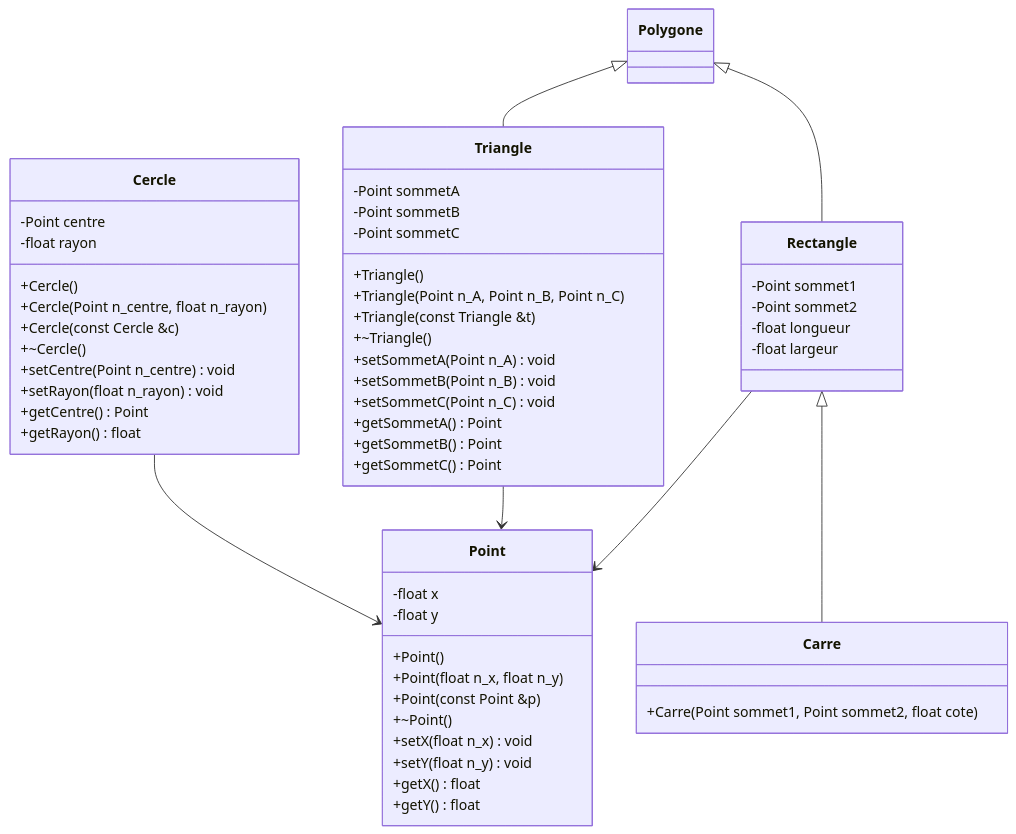
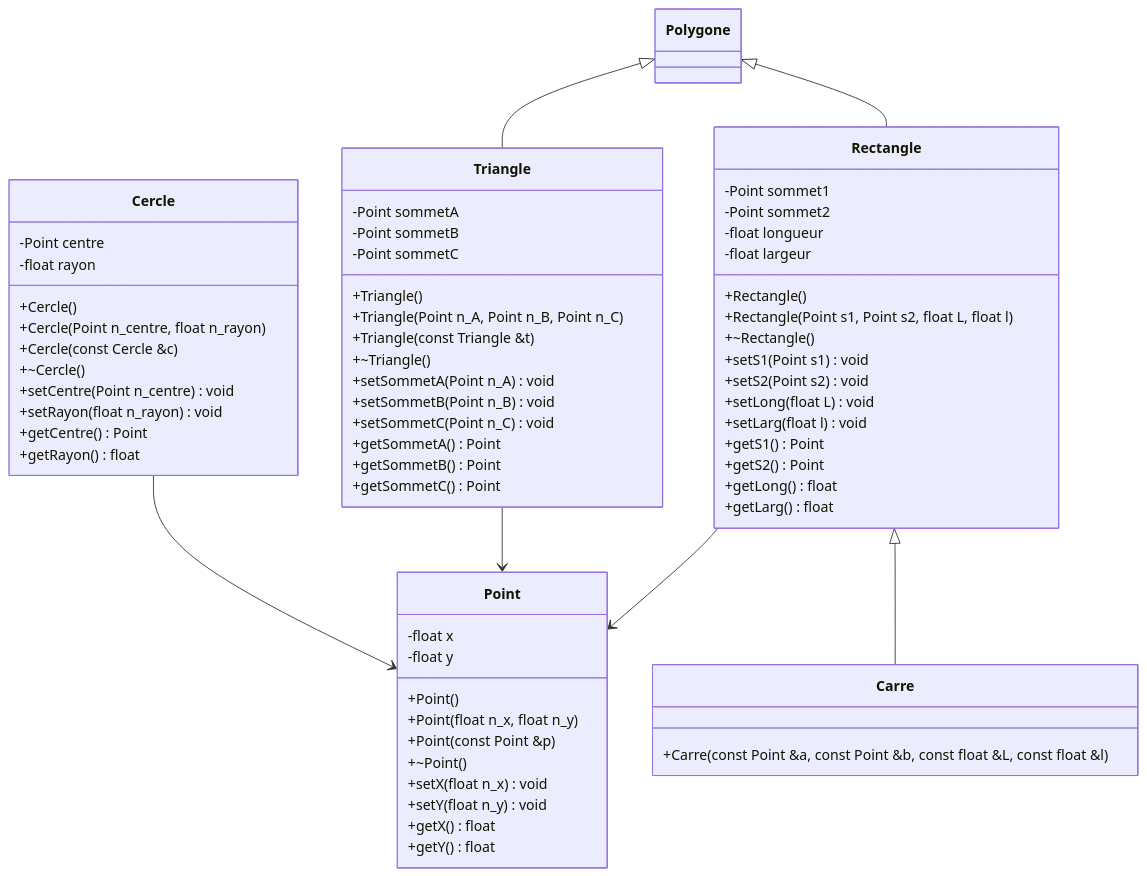
One commit to Am0L0/POO-prosit_3 changed the diagram in README.md. Above: the diagram before and after it, drawn with Mermaid.

Commit message:
Mise à jour diagramme de classe pour Carre et Rectangle

````diff
--- a/README.md
+++ b/README.md
@@ -12,65 +12,76 @@
 ```mermaid
 classDiagram
     class Point {
         -float x
         -float y
         +Point()
         +Point(float n_x, float n_y)
         +Point(const Point &p)
         +~Point()
         +setX(float n_x) void
         +setY(float n_y) void
         +getX() float
         +getY() float
     }
 
     class Polygone {
     }
 
     class Cercle {
         -Point centre
         -float rayon
         +Cercle()
         +Cercle(Point n_centre, float n_rayon)
         +Cercle(const Cercle &c)
         +~Cercle()
         +setCentre(Point n_centre) void
         +setRayon(float n_rayon) void
         +getCentre() Point
         +getRayon() float
     }
 
     class Carre {
-        +Carre(Point sommet1, Point sommet2, float cote)
+        +Carre(const Point &a, const Point &b, const float &L, const float &l)
     }
 
     class Rectangle {
         -Point sommet1
         -Point sommet2
         -float longueur
         -float largeur
+        +Rectangle()
+        +Rectangle(Point s1, Point s2, float L, float l)
+        +~Rectangle()
+        +setS1(Point s1) void
+        +setS2(Point s2) void
+        +setLong(float L) void
+        +setLarg(float l) void
+        +getS1() Point
+        +getS2() Point
+        +getLong() float
+        +getLarg() float
     }
 
     class Triangle {
         -Point sommetA
         -Point sommetB
         -Point sommetC
         +Triangle()
         +Triangle(Point n_A, Point n_B, Point n_C)
         +Triangle(const Triangle &t)
         +~Triangle()
         +setSommetA(Point n_A) void
         +setSommetB(Point n_B) void
         +setSommetC(Point n_C) void
         +getSommetA() Point
         +getSommetB() Point
         +getSommetC() Point
     }
 
     Rectangle <|-- Carre
     Polygone <|-- Rectangle
     Polygone <|-- Triangle
     Cercle --> Point
     Rectangle --> Point
     Triangle --> Point
 ```
````
